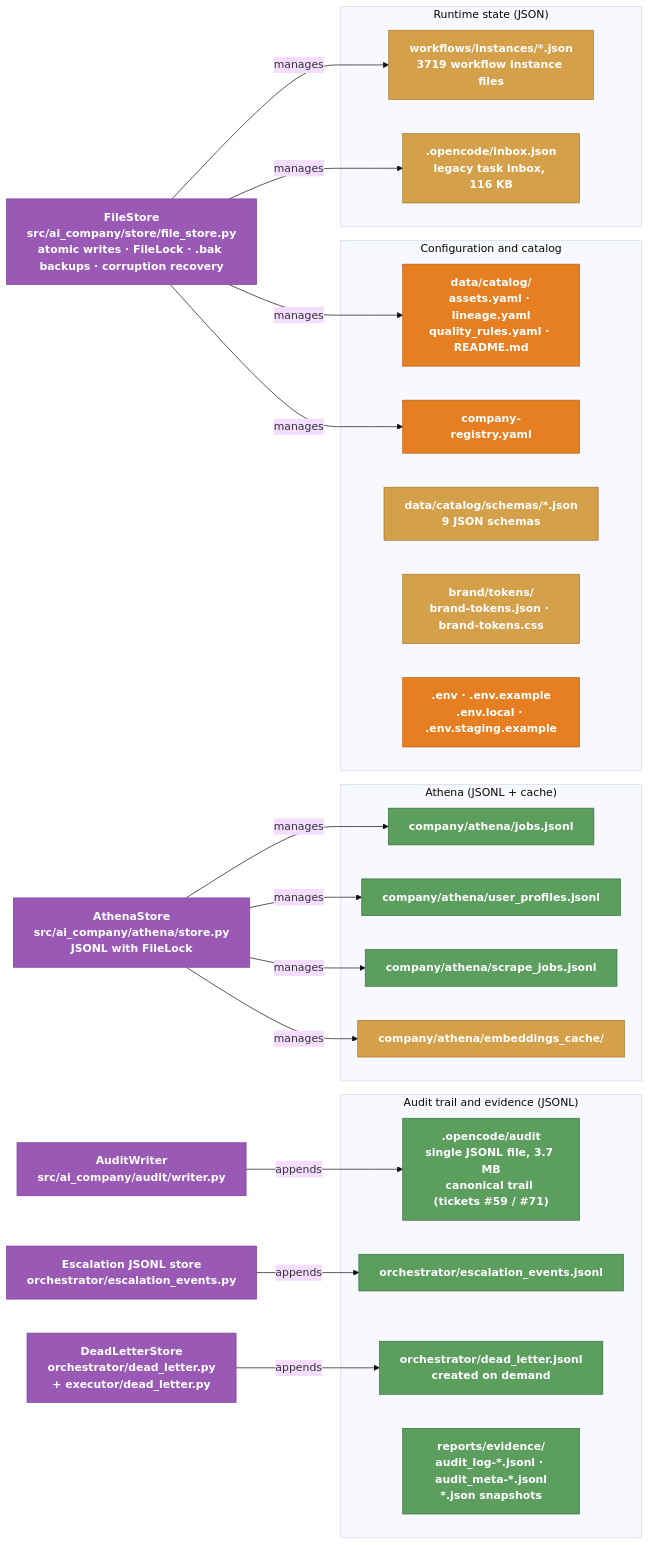
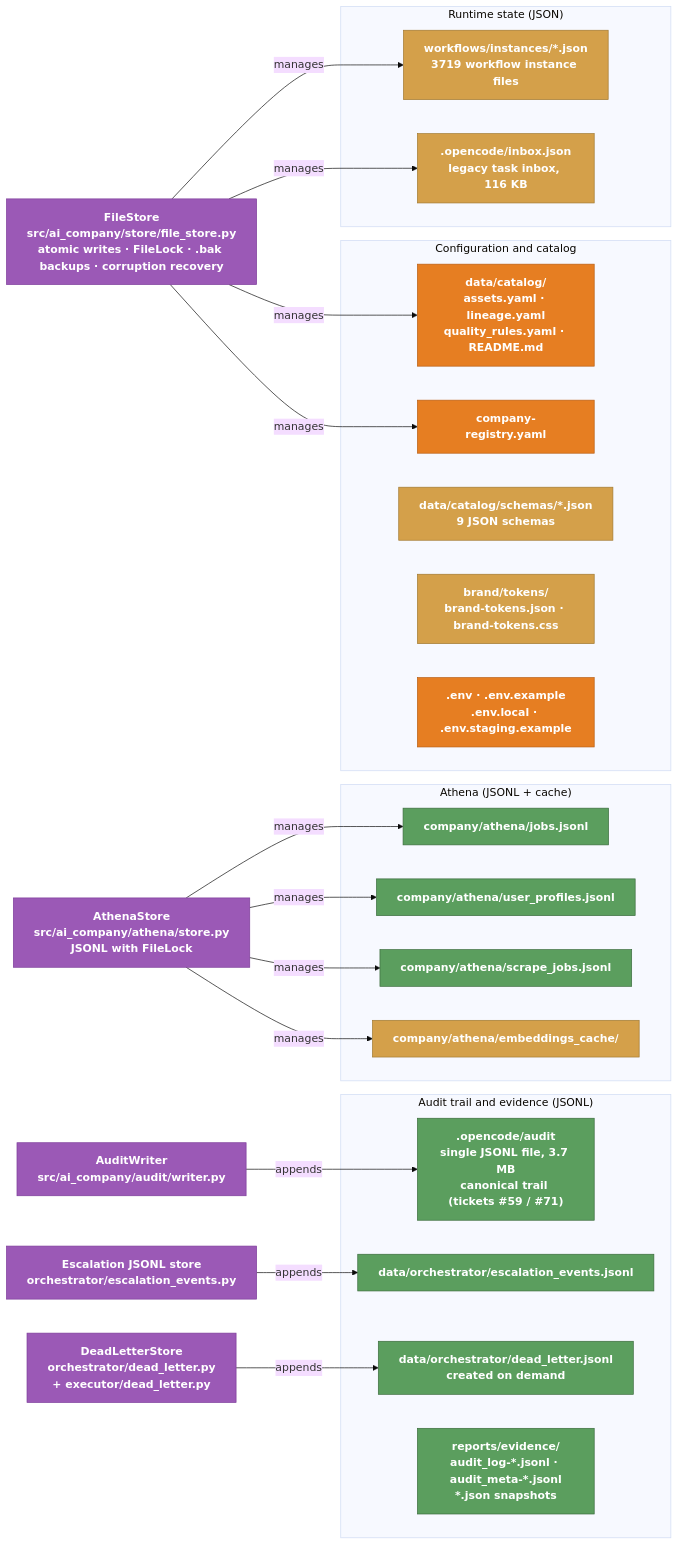
One commit to jmlusu/light-speed-holdings changed the diagram in docs/diagrams/data-stores/file-stores.mmd. Above: the diagram before and after it, drawn with Mermaid (base theme). The commit also changed 108 other files, not shown here.

First line of the commit message:
feat: relocate runtime state to data/orchestrator (D-6)

```diff
--- a/docs/diagrams/data-stores/file-stores.mmd
+++ b/docs/diagrams/data-stores/file-stores.mmd
@@ -1,57 +1,57 @@
 graph LR
     %% ── Styling ──────────────────────────────────────────────
     classDef jsonl fill:#5B9E5E,stroke:#3A6B3C,color:#FFFFFF,font-weight:bold
     classDef json fill:#D4A04A,stroke:#A07830,color:#FFFFFF,font-weight:bold
     classDef yaml fill:#E67E22,stroke:#B85D12,color:#FFFFFF,font-weight:bold
     classDef dir fill:#9B59B6,stroke:#7D3C9A,color:#FFFFFF,font-weight:bold
 
     %% ── Abstractions ──────────────────────────────────────────
     FILESTORE["FileStore<br/>src/ai_company/store/file_store.py<br/>atomic writes · FileLock · .bak backups · corruption recovery"]:::dir
     ATHENASTORE["AthenaStore<br/>src/ai_company/athena/store.py<br/>JSONL with FileLock"]:::dir
     DLQ["DeadLetterStore<br/>orchestrator/dead_letter.py<br/>+ executor/dead_letter.py"]:::dir
     ESCW["Escalation JSONL store<br/>orchestrator/escalation_events.py"]:::dir
     AUDW["AuditWriter<br/>src/ai_company/audit/writer.py"]:::dir
 
     %% ── Audit and Events (JSONL) ─────────────────────────────
     subgraph AUDIT ["Audit trail and evidence (JSONL)"]
         OPENCODE_AUDIT[".opencode/audit<br/>single JSONL file, 3.7 MB<br/>canonical trail (tickets #59 / #71)"]:::jsonl
-        ORCH_ESC["orchestrator/escalation_events.jsonl"]:::jsonl
-        ORCH_DLQ["orchestrator/dead_letter.jsonl<br/>created on demand"]:::jsonl
+        ORCH_ESC["data/orchestrator/escalation_events.jsonl"]:::jsonl
+        ORCH_DLQ["data/orchestrator/dead_letter.jsonl<br/>created on demand"]:::jsonl
         EVIDENCE["reports/evidence/<br/>audit_log-*.jsonl · audit_meta-*.jsonl<br/>*.json snapshots"]:::jsonl
     end
 
     %% ── Runtime state (JSON) ──────────────────────────────────
     subgraph STATE ["Runtime state (JSON)"]
         INBOX[".opencode/inbox.json<br/>legacy task inbox, 116 KB"]:::json
         WF_INST["workflows/instances/*.json<br/>3719 workflow instance files"]:::json
     end
 
     %% ── Athena (JSONL) ────────────────────────────────────────
     subgraph ATHENA ["Athena (JSONL + cache)"]
         ATHENA_JOBS["company/athena/jobs.jsonl"]:::jsonl
         ATHENA_PROF["company/athena/user_profiles.jsonl"]:::jsonl
         ATHENA_SCRAPE["company/athena/scrape_jobs.jsonl"]:::jsonl
         ATHENA_CACHE["company/athena/embeddings_cache/"]:::json
     end
 
     %% ── Config (YAML/JSON) ────────────────────────────────────
     subgraph CONFIG ["Configuration and catalog"]
         REGISTRY["company-registry.yaml"]:::yaml
         CATALOG["data/catalog/<br/>assets.yaml · lineage.yaml<br/>quality_rules.yaml · README.md"]:::yaml
         SCHEMAS["data/catalog/schemas/*.json<br/>9 JSON schemas"]:::json
         BRAND["brand/tokens/<br/>brand-tokens.json · brand-tokens.css"]:::json
         ENV[".env · .env.example<br/>.env.local · .env.staging.example"]:::yaml
     end
 
     %% ── Connections ───────────────────────────────────────────
     FILESTORE -->|manages| WF_INST
     FILESTORE -->|manages| INBOX
     FILESTORE -->|manages| CATALOG
     FILESTORE -->|manages| REGISTRY
     ATHENASTORE -->|manages| ATHENA_JOBS
     ATHENASTORE -->|manages| ATHENA_PROF
     ATHENASTORE -->|manages| ATHENA_SCRAPE
     ATHENASTORE -->|manages| ATHENA_CACHE
     DLQ -->|appends| ORCH_DLQ
     ESCW -->|appends| ORCH_ESC
     AUDW -->|appends| OPENCODE_AUDIT
```
